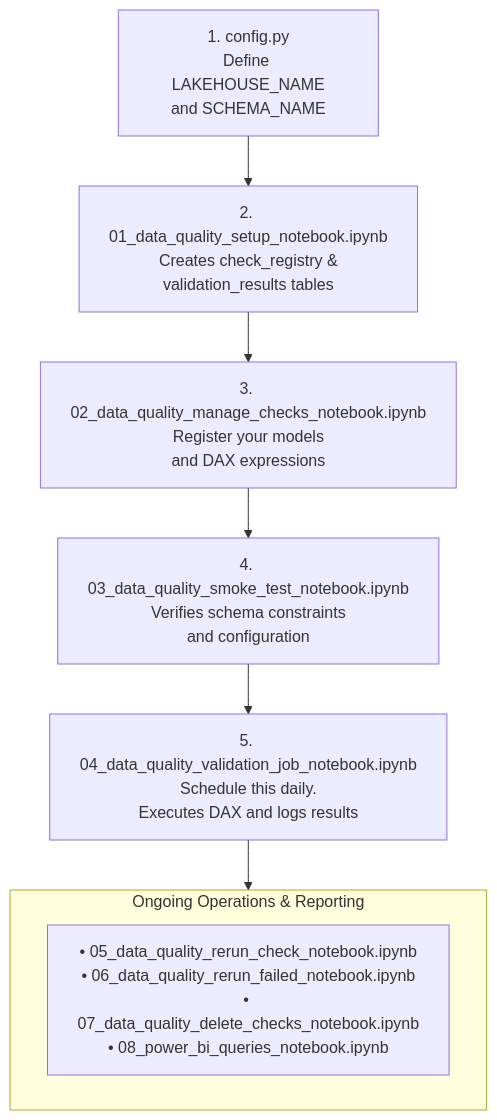
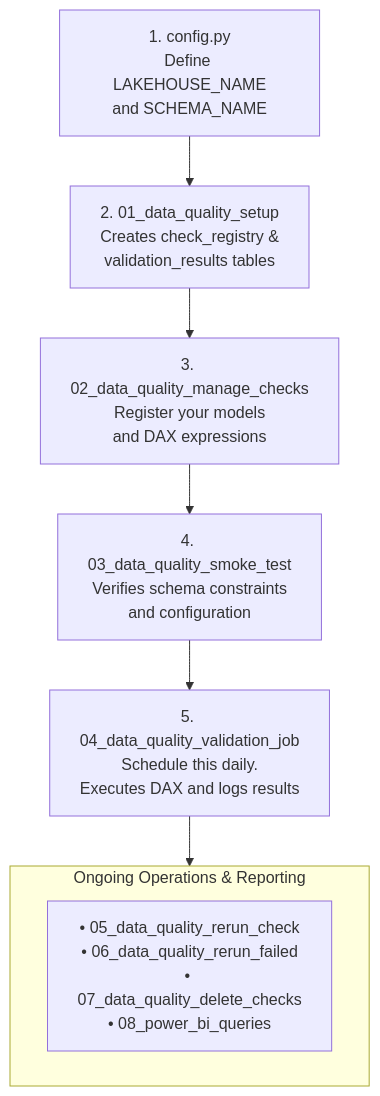
The second of 3 diagrams in README.md (edwardpcharles/fabric-pbi-data-quality-notebook), drawn with Mermaid before and after one commit. The commit also changed other lines of this file, not shown here.

Commit message:
docs: shorten mermaid string lengths for better rendering

````diff
--- a/README.md
+++ b/README.md
@@ -44,14 +44,14 @@
 ```mermaid
 flowchart TD
     Config["1. config.py<br>Define LAKEHOUSE_NAME<br>and SCHEMA_NAME"]
-    Setup["2. 01_data_quality_setup_notebook.ipynb<br>Creates check_registry &<br>validation_results tables"]
-    Manage["3. 02_data_quality_manage_checks_notebook.ipynb<br>Register your models<br>and DAX expressions"]
-    Smoke["4. 03_data_quality_smoke_test_notebook.ipynb<br>Verifies schema constraints<br>and configuration"]
-    Job["5. 04_data_quality_validation_job_notebook.ipynb<br>Schedule this daily.<br>Executes DAX and logs results"]
+    Setup["2. 01_data_quality_setup<br>Creates check_registry &<br>validation_results tables"]
+    Manage["3. 02_data_quality_manage_checks<br>Register your models<br>and DAX expressions"]
+    Smoke["4. 03_data_quality_smoke_test<br>Verifies schema constraints<br>and configuration"]
+    Job["5. 04_data_quality_validation_job<br>Schedule this daily.<br>Executes DAX and logs results"]
     
     subgraph Operations [Ongoing Operations & Reporting]
-        OpsFiles["• 05_data_quality_rerun_check_notebook.ipynb<br>• 06_data_quality_rerun_failed_notebook.ipynb<br>• 07_data_quality_delete_checks_notebook.ipynb<br>• 08_power_bi_queries_notebook.ipynb"]
+        OpsFiles["• 05_data_quality_rerun_check<br>• 06_data_quality_rerun_failed<br>• 07_data_quality_delete_checks<br>• 08_power_bi_queries"]
     end
 
     Config --> Setup --> Manage --> Smoke --> Job --> Operations
 ```
````
